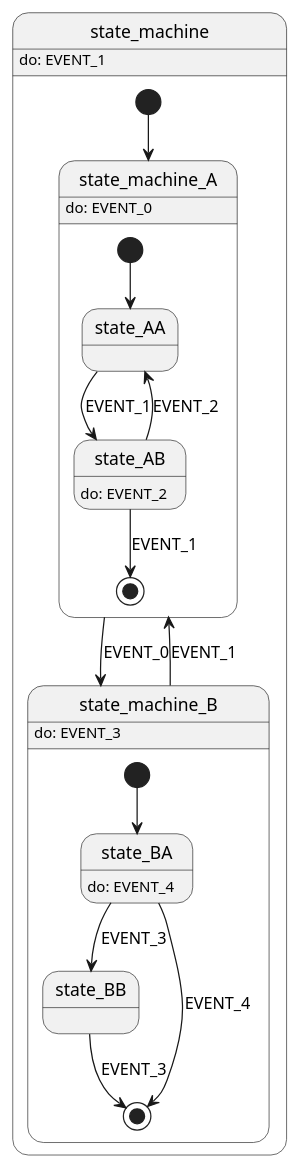
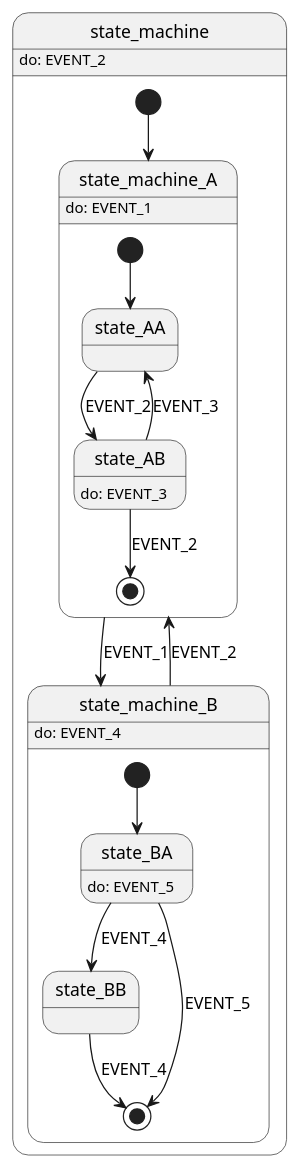
One commit to davmf/state-machine-upy changed the diagram in state_machine.puml. Above: the diagram before and after it, drawn with PlantUML. The commit also changed 8 other files, not shown here.

```diff
--- a/state_machine.puml
+++ b/state_machine.puml
@@ -1,36 +1,36 @@
 @startuml state_machine
 
 state state_machine {
     state state_machine_A {
         state state_AA
         state state_AB
-        state state_AB : do: EVENT_2
+        state state_AB : do: EVENT_3
 
         [*] --> state_AA
-        state_AA --> state_AB : EVENT_1
-        state_AB --> state_AA : EVENT_2
-        state_AB --> [*] : EVENT_1
+        state_AA --> state_AB : EVENT_2
+        state_AB --> state_AA : EVENT_3
+        state_AB --> [*] : EVENT_2
     }
-    state state_machine_A : do: EVENT_0
+    state state_machine_A : do: EVENT_1
 
     state state_machine_B {
         state state_BA
-        state state_BA : do: EVENT_4
+        state state_BA : do: EVENT_5
 
         state state_BB
 
         [*] --> state_BA
-        state_BA --> state_BB : EVENT_3
-        state_BA --> [*] : EVENT_4
-        state_BB --> [*] : EVENT_3
+        state_BA --> state_BB : EVENT_4
+        state_BA --> [*] : EVENT_5
+        state_BB --> [*] : EVENT_4
     }
-    state state_machine_B : do: EVENT_3
+    state state_machine_B : do: EVENT_4
 
     [*] --> state_machine_A
-    state_machine_A --> state_machine_B : EVENT_0
-    state_machine_B --> state_machine_A : EVENT_1
+    state_machine_A --> state_machine_B : EVENT_1
+    state_machine_B --> state_machine_A : EVENT_2
 }
 
-state state_machine : do: EVENT_1
+state state_machine : do: EVENT_2
 
 @enduml
```
